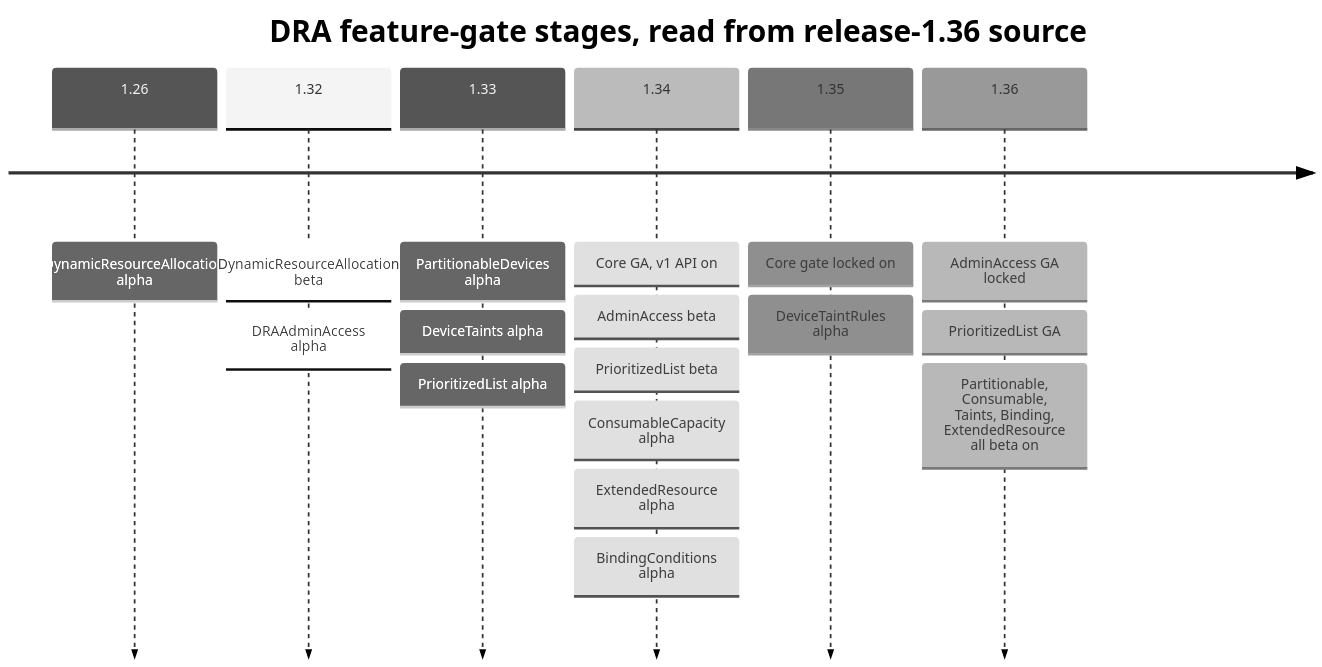
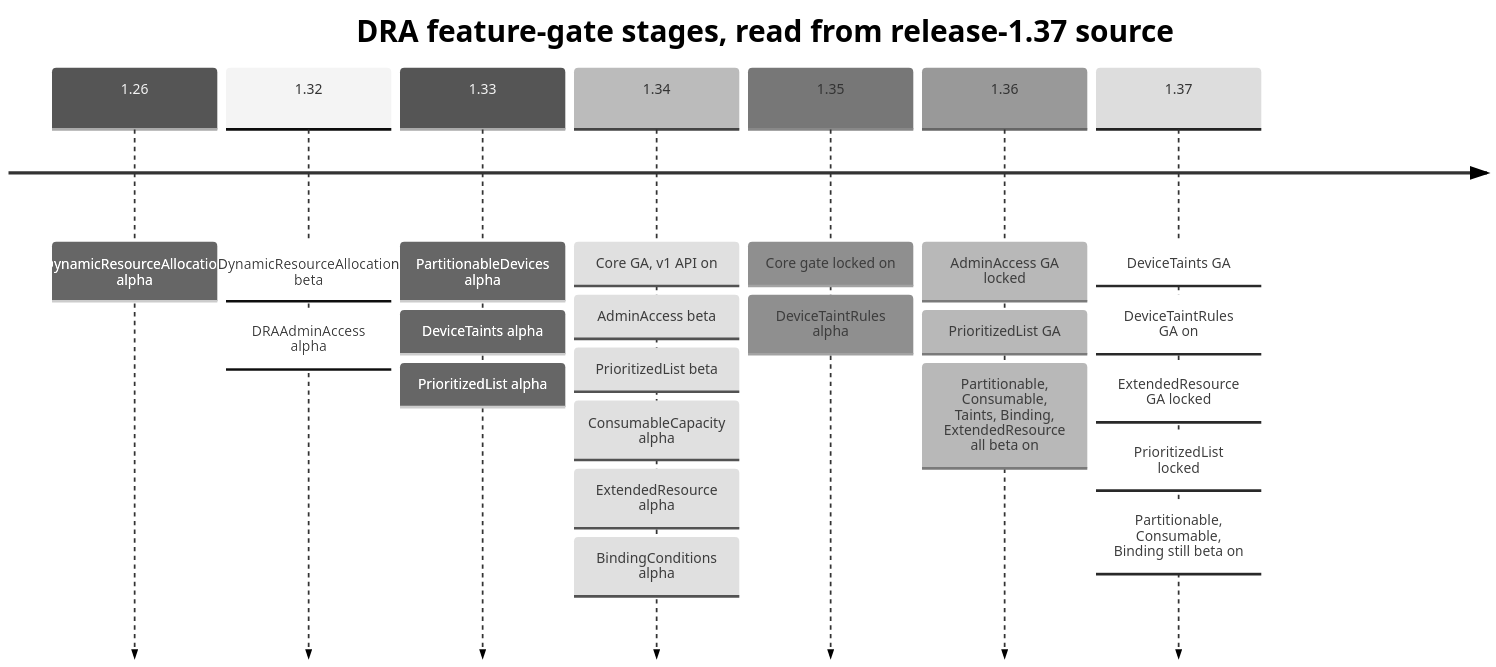
Before and after one commit to rppol/system-design: the third of 3 diagrams in src/main/java/com/rutik/systemdesign/devops/kubernetes_scheduling_and_autoscaling/device_scheduling_and_dra.md, drawn with Mermaid (neutral theme). The commit also changed other lines of this file and 20 other files, not shown here.

````diff
--- a/src/main/java/com/rutik/systemdesign/devops/kubernetes_scheduling_and_autoscaling/device_scheduling_and_dra.md
+++ b/src/main/java/com/rutik/systemdesign/devops/kubernetes_scheduling_and_autoscaling/device_scheduling_and_dra.md
@@ -179,10 +179,11 @@
 ```mermaid
 timeline
-    title DRA feature-gate stages, read from release-1.36 source
+    title DRA feature-gate stages, read from release-1.37 source
     1.26 : DynamicResourceAllocation alpha
     1.32 : DynamicResourceAllocation beta : DRAAdminAccess alpha
     1.33 : PartitionableDevices alpha : DeviceTaints alpha : PrioritizedList alpha
     1.34 : Core GA, v1 API on : AdminAccess beta : PrioritizedList beta : ConsumableCapacity alpha : ExtendedResource alpha : BindingConditions alpha
     1.35 : Core gate locked on : DeviceTaintRules alpha
     1.36 : AdminAccess GA locked : PrioritizedList GA : Partitionable, Consumable, Taints, Binding, ExtendedResource all beta on
+    1.37 : DeviceTaints GA : DeviceTaintRules GA on : ExtendedResource GA locked : PrioritizedList locked : Partitionable, Consumable, Binding still beta on
 ```
````
